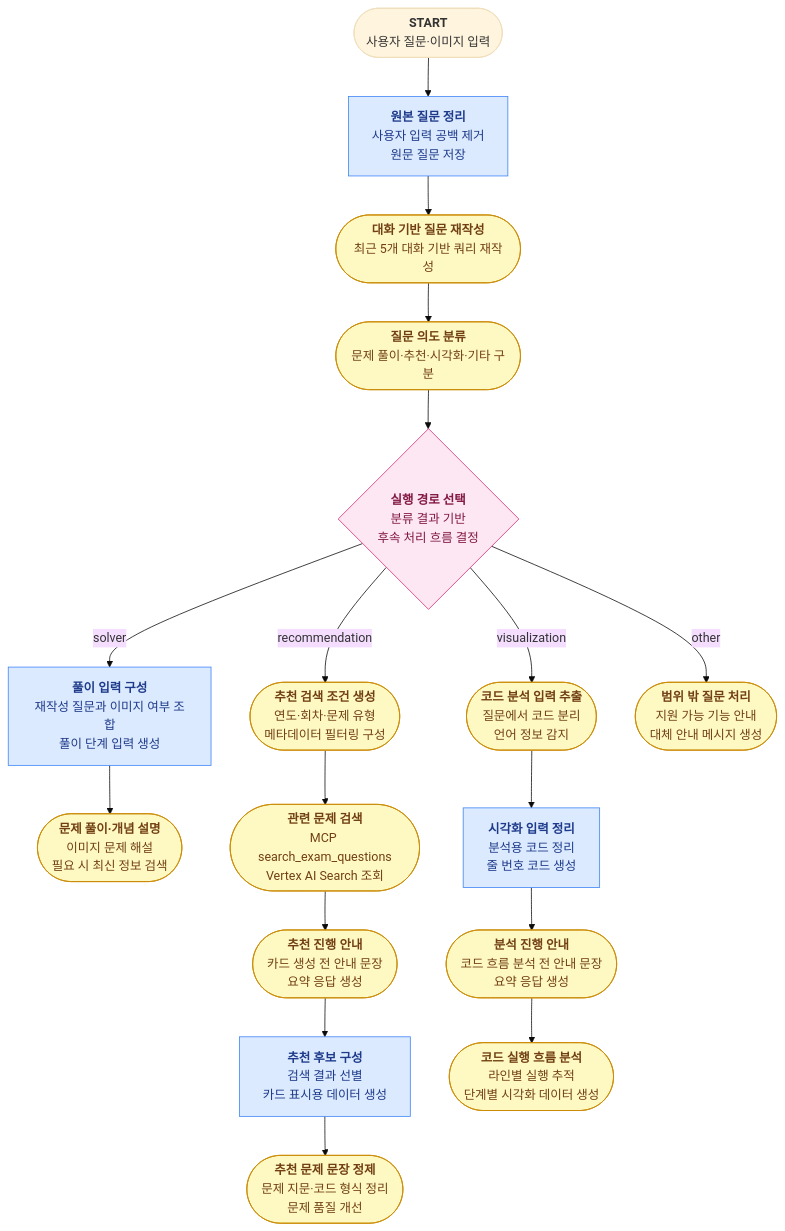
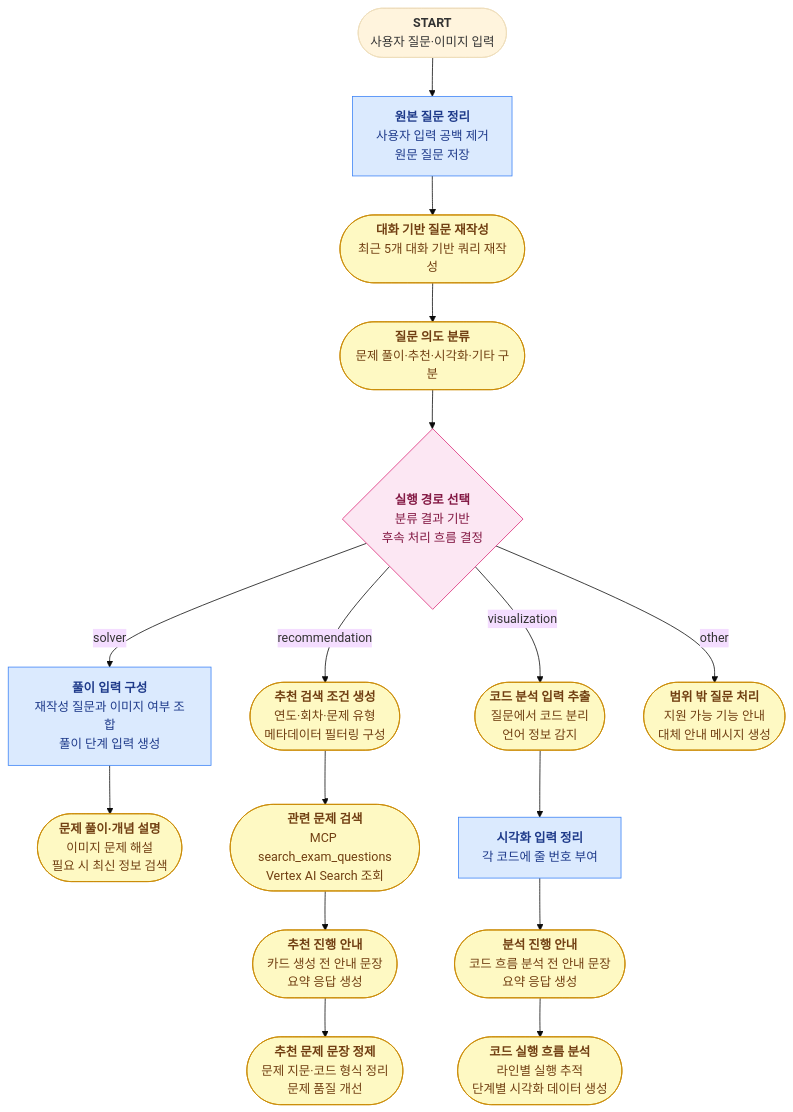
One commit to JangJiWon0108/smart-learning-platform-backend changed the third of 4 diagrams in docs/README.md. Above: the diagram before and after it, drawn with Mermaid (base theme). The commit also changed other lines of this file and 19 other files, not shown here.

````diff
--- a/docs/README.md
+++ b/docs/README.md
@@ -322,37 +269,36 @@
 ```mermaid
 flowchart TD
     classDef fn    fill:#dbeafe,stroke:#3b82f6,color:#1e3a8a
     classDef llm   fill:#fef9c3,stroke:#ca8a04,color:#713f12
     classDef rt    fill:#fce7f3,stroke:#db2777,color:#831843
 
     START(["<b>START</b><br/>사용자 질문·이미지 입력"])
 
     QP["<b>원본 질문 정리</b><br/>사용자 입력 공백 제거<br/>원문 질문 저장"]:::fn
     QR(["<b>대화 기반 질문 재작성</b><br/>최근 5개 대화 기반 쿼리 재작성"]):::llm
     IC(["<b>질문 의도 분류</b><br/>문제 풀이·추천·시각화·기타 구분"]):::llm
     IR{"<b>실행 경로 선택</b><br/>분류 결과 기반<br/>후속 처리 흐름 결정"}:::rt
 
     SP["<b>풀이 입력 구성</b><br/>재작성 질문과 이미지 여부 조합<br/>풀이 단계 입력 생성"]:::fn
     SA(["<b>문제 풀이·개념 설명</b><br/>이미지 문제 해설<br/>필요 시 최신 정보 검색"]):::llm
 
     FA(["<b>추천 검색 조건 생성</b><br/>연도·회차·문제 유형<br/>메타데이터 필터링 구성"]):::llm
     VS(["<b>관련 문제 검색</b><br/>MCP search_exam_questions<br/>Vertex AI Search 조회"]):::llm
     CI(["<b>추천 진행 안내</b><br/>카드 생성 전 안내 문장<br/>요약 응답 생성"]):::llm
-    CA["<b>추천 후보 구성</b><br/>검색 결과 선별<br/>카드 표시용 데이터 생성"]:::fn
     QRA(["<b>추천 문제 문장 정제</b><br/>문제 지문·코드 형식 정리<br/>문제 품질 개선"]):::llm
 
     TIA(["<b>코드 분석 입력 추출</b><br/>질문에서 코드 분리<br/>언어 정보 감지"]):::llm
-    PTI["<b>시각화 입력 정리</b><br/>분석용 코드 정리<br/>줄 번호 코드 생성"]:::fn
+    PTI["<b>시각화 입력 정리</b><br/>각 코드에 줄 번호 부여"]:::fn
     TI(["<b>분석 진행 안내</b><br/>코드 흐름 분석 전 안내 문장<br/>요약 응답 생성"]):::llm
     TA(["<b>코드 실행 흐름 분석</b><br/>라인별 실행 추적<br/>단계별 시각화 데이터 생성"]):::llm
 
     FB(["<b>범위 밖 질문 처리</b><br/>지원 가능 기능 안내<br/>대체 안내 메시지 생성"]):::llm
 
     START --> QP --> QR --> IC --> IR
 
     IR -->|solver| SP --> SA
-    IR -->|recommendation| FA --> VS --> CI --> CA --> QRA
+    IR -->|recommendation| FA --> VS --> CI --> QRA
     IR -->|visualization| TIA --> PTI --> TI --> TA
     IR -->|other| FB
 
 ```
````
